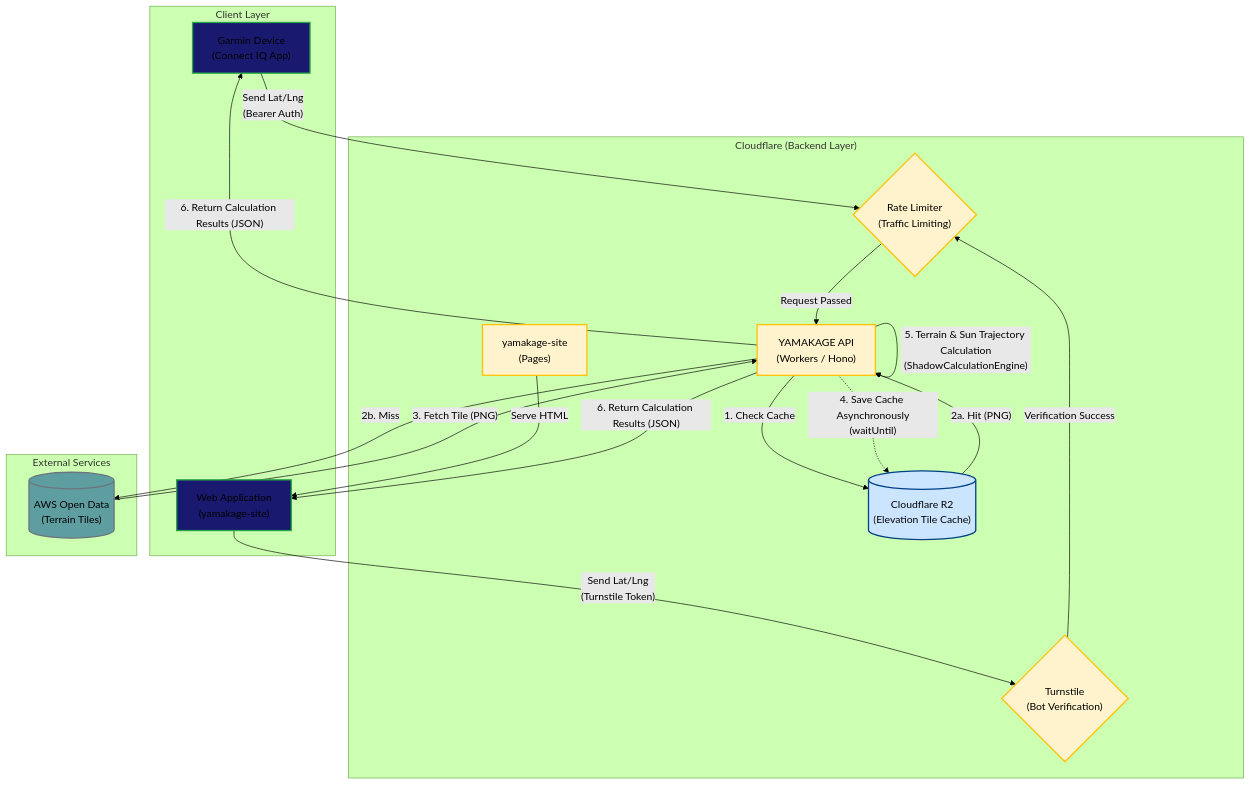
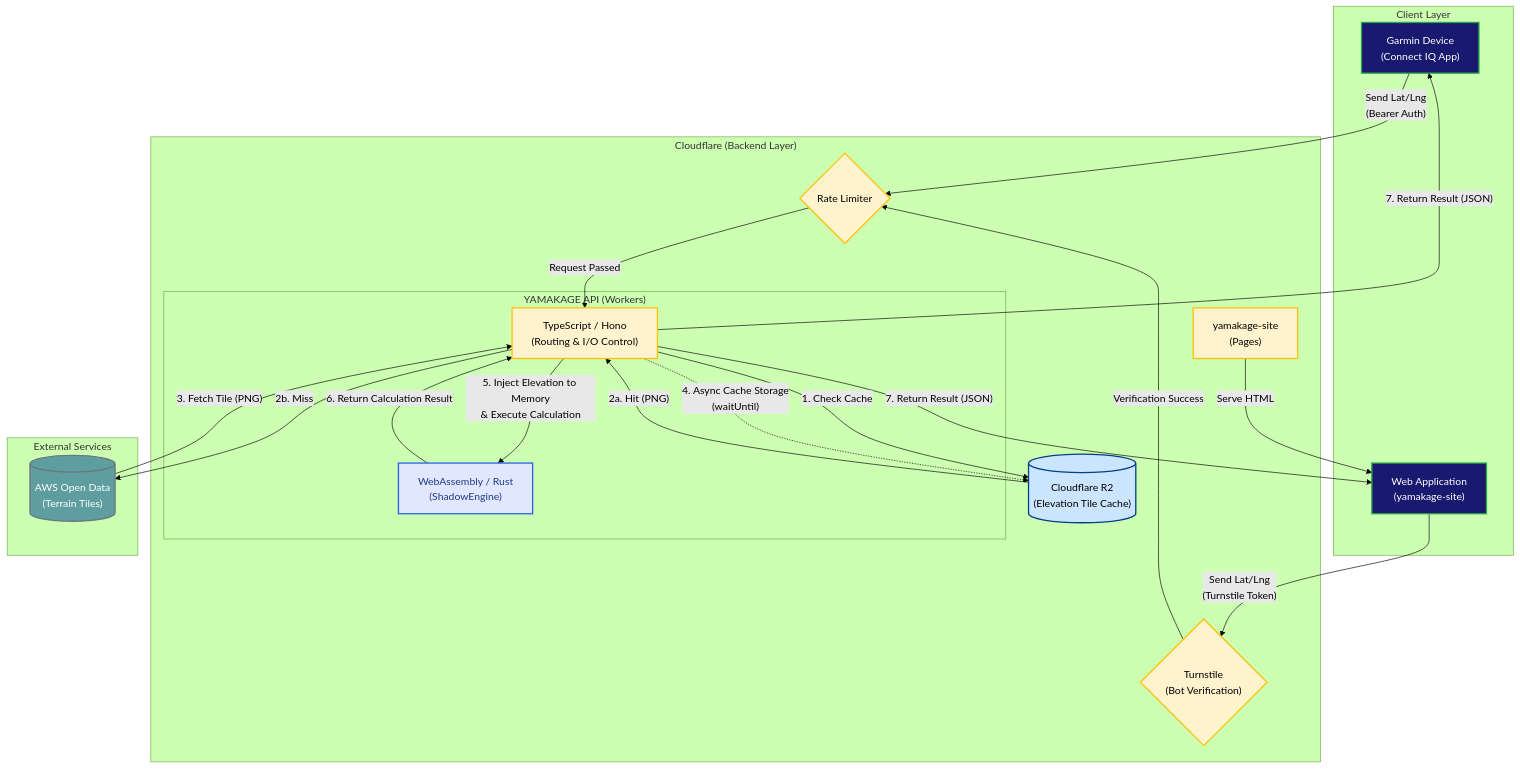
Before and after one commit to tomopumipumi/yamakage: the diagram in docs/architecture/system-context.md, drawn with Mermaid (forest theme). The commit also changed other lines of this file and 7 other files, not shown here.

````diff
--- a/docs/architecture/system-context.md
+++ b/docs/architecture/system-context.md
@@ -9,41 +9,49 @@
 ```mermaid
 flowchart TB
-    classDef client fill:#191970,stroke:#28a745,stroke-width:2px;
+    classDef client fill:#191970,stroke:#28a745,stroke-width:2px,color:#fff;
     classDef cloudflare fill:#fff3cd,color:#000,stroke:#ffc107,stroke-width:2px;
-    classDef external fill:#5f9ea0 ,color:#000,stroke:#6c757d,stroke-width:2px;
+    classDef wasm fill:#e0e7ff,color:#1e3a8a,stroke:#2563eb,stroke-width:2px;
+    classDef external fill:#5f9ea0,color:#fff,stroke:#6c757d,stroke-width:2px;
     classDef database fill:#cce5ff,color:#000,stroke:#004085,stroke-width:2px;
 
     subgraph Clients ["Client Layer"]
         Garmin["Garmin Device\n(Connect IQ App)"]:::client
         Web["Web Application\n(yamakage-site)"]:::client
     end
 
     subgraph Cloudflare ["Cloudflare (Backend Layer)"]
-        Turnstile{"Turnstile\n(Bot Verification)"}:::cloudflare
-        RateLimiter{"Rate Limiter\n(Traffic Limiting)"}:::cloudflare
-        API["YAMAKAGE API\n(Workers / Hono)"]:::cloudflare
-        R2[("Cloudflare R2\n(Elevation Tile Cache)")]:::database
-        Pages["yamakage-site\n(Pages)"]:::cloudflare
+        Turnstile{"Turnstile<br/>(Bot Verification)"}:::cloudflare
+        RateLimiter{"Rate Limiter"}:::cloudflare
+        
+        subgraph API_Layer ["YAMAKAGE API (Workers)"]
+            API["TypeScript / Hono<br/>(Routing & I/O Control)"]:::cloudflare
+            WASM["WebAssembly / Rust<br/>(ShadowEngine)"]:::wasm
+        end
+
+        R2[("Cloudflare R2<br/>(Elevation Tile Cache)")]:::database
+        Pages["yamakage-site<br/>(Pages)"]:::cloudflare
     end
 
     subgraph External ["External Services"]
-        AWS[("AWS Open Data\n(Terrain Tiles)")]:::external
+        AWS[("AWS Open Data<br/>(Terrain Tiles)")]:::external
     end
 
-    Garmin -- "Send Lat/Lng\n(Bearer Auth)" --> RateLimiter
-    Web -- "Send Lat/Lng\n(Turnstile Token)" --> Turnstile
+    Garmin -- "Send Lat/Lng<br/>(Bearer Auth)" --> RateLimiter
+    Web -- "Send Lat/Lng<br/>(Turnstile Token)" --> Turnstile
     Turnstile -- "Verification Success" --> RateLimiter
     RateLimiter -- "Request Passed" --> API
     Pages -- "Serve HTML" --> Web
 
     API -- "1. Check Cache" --> R2
     R2 -- "2a. Hit (PNG)" --> API
     API -- "2b. Miss" --> AWS
     AWS -- "3. Fetch Tile (PNG)" --> API
-    API -. "4. Save Cache Asynchronously\n(waitUntil)" .-> R2
+    API -. "4. Async Cache Storage<br/>(waitUntil)" .-> R2
 
-    API -- "5. Terrain & Sun Trajectory Calculation\n(ShadowCalculationEngine)" --> API
-    API -- "6. Return Calculation Results (JSON)" --> Garmin
-    API -- "6. Return Calculation Results (JSON)" --> Web
+    API -- "5. Inject Elevation to Memory<br/>& Execute Calculation" --> WASM
+    WASM -- "6. Return Calculation Result" --> API
+    
+    API -- "7. Return Result (JSON)" --> Garmin
+    API -- "7. Return Result (JSON)" --> Web
 
 ```
````
